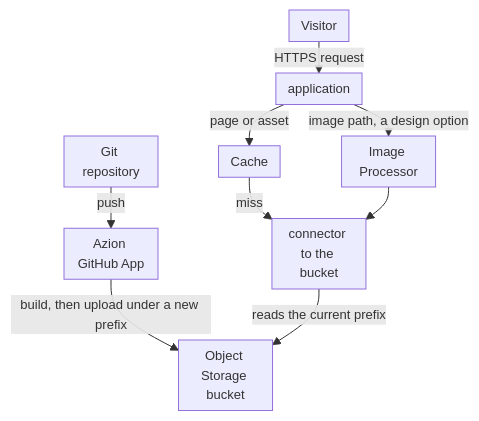
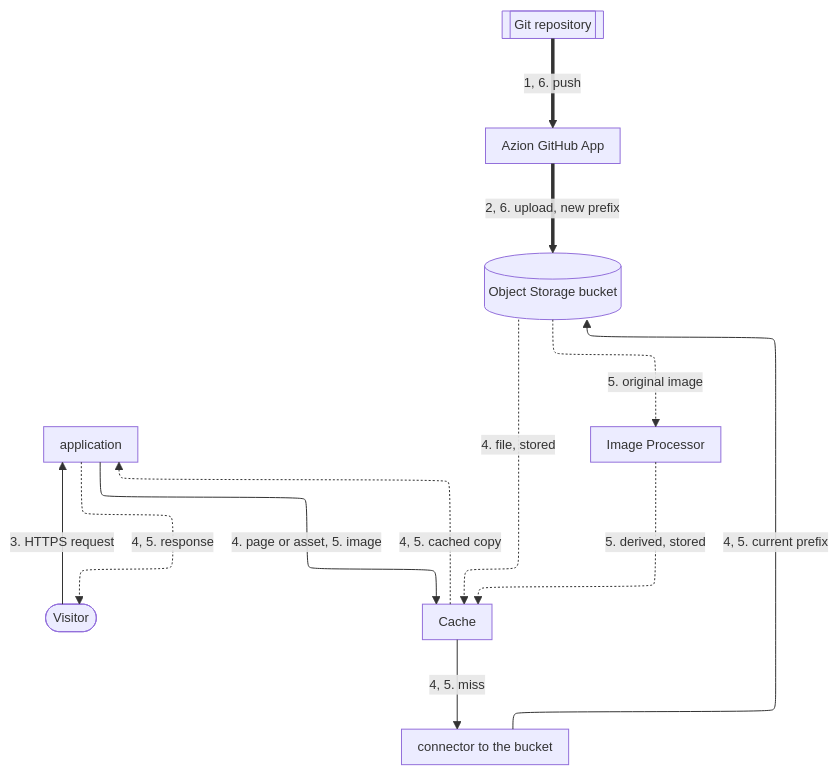
Before and after one commit to aziontech/docs: the diagram in apps/docs/src/content/docs/en/pages/architectures/jamstack/jamstack.mdx, drawn with Mermaid. The commit also changed other lines of this file and 179 other files, not shown here.

Commit message:
docs(diagrams): redraw every other diagram in the use-case diagram style (#2513)

````diff
--- a/apps/docs/src/content/docs/en/pages/architectures/jamstack/jamstack.mdx
+++ b/apps/docs/src/content/docs/en/pages/architectures/jamstack/jamstack.mdx
@@ -18,12 +20,23 @@
 ```mermaid
-%%{init: {"layout": "dagre", "themeVariables": {"fontSize": "13px"}, "flowchart": {"nodeSpacing": 12, "rankSpacing": 12, "padding": 6, "wrappingWidth": 70, "minNodeWidth": 40, "useMaxWidth": true}}}%%
+%%{init: {"layout": "elk", "elk": {"cycleBreakingStrategy": "MODEL_ORDER"}, "themeVariables": {"fontSize": "13px"}, "flowchart": {"nodeSpacing": 24, "rankSpacing": 36, "padding": 8, "wrappingWidth": 150, "useMaxWidth": true}, "sequence": {"width": 120, "actorMargin": 30, "useMaxWidth": true}}}%%
 flowchart TD
-  Repo["Git repository"] -->|"push"| GH["Azion GitHub App"]
-  GH -->|"build, then upload under a new prefix"| Bucket["Object Storage bucket"]
-  Visitor["Visitor"] -->|"HTTPS request"| App["application"]
-  App -->|"page or asset"| Cache["Cache"]
-  App -->|"image path, a design option"| IP["Image Processor"]
-  Cache -->|"miss"| Connector["connector to the bucket"]
-  IP --> Connector
-  Connector -->|"reads the current prefix"| Bucket
+  Visitor(["Visitor"])
+  App["application"]
+  Cache["Cache"]
+  Connector["connector to the bucket"]
+  IP["Image Processor"]
+  Repo[["Git repository"]]
+  GH["Azion GitHub App"]
+  Bucket[("Object Storage bucket")]
+  Visitor -->|"3. HTTPS request"| App
+  App -->|"4. page or asset, 5. image"| Cache
+  Cache -->|"4, 5. miss"| Connector
+  Connector -->|"4, 5. current prefix"| Bucket
+  Bucket -.->|"4. file, stored"| Cache
+  Bucket -.->|"5. original image"| IP
+  IP -.->|"5. derived, stored"| Cache
+  Cache -.->|"4, 5. cached copy"| App
+  App -.->|"4, 5. response"| Visitor
+  Repo ==>|"1, 6. push"| GH
+  GH ==>|"2, 6. upload, new prefix"| Bucket
 ```
````
